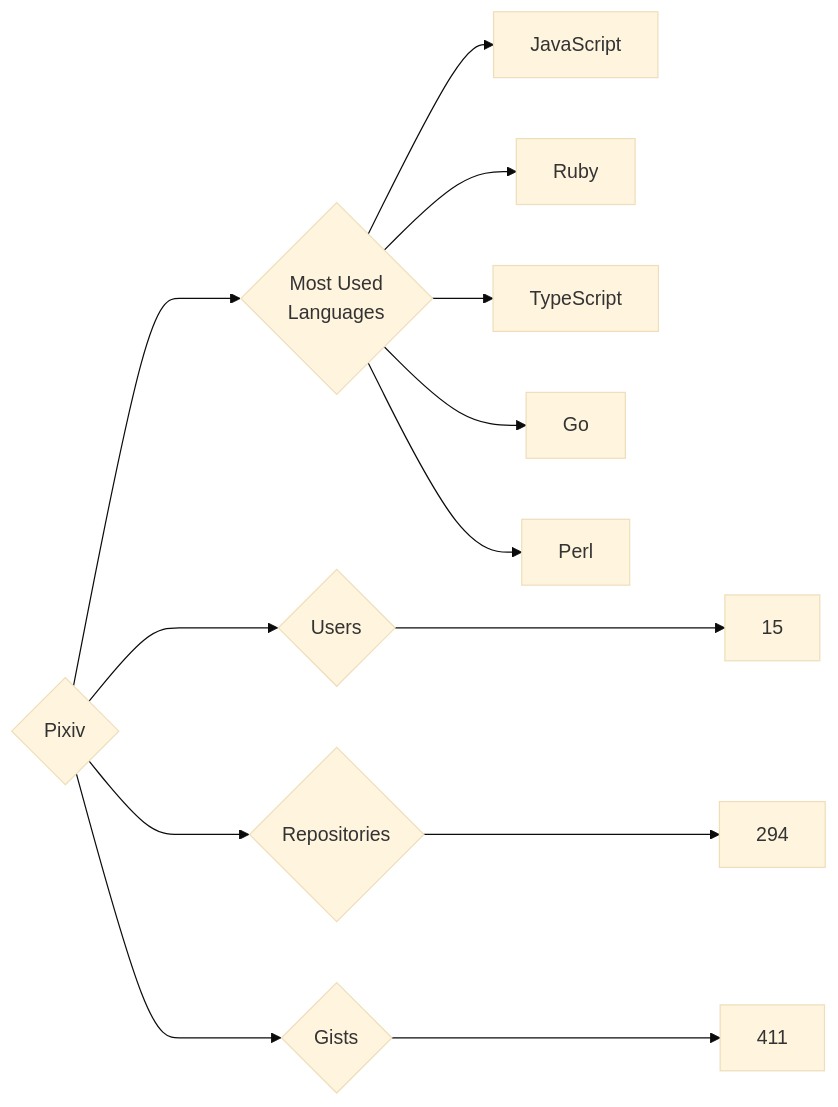
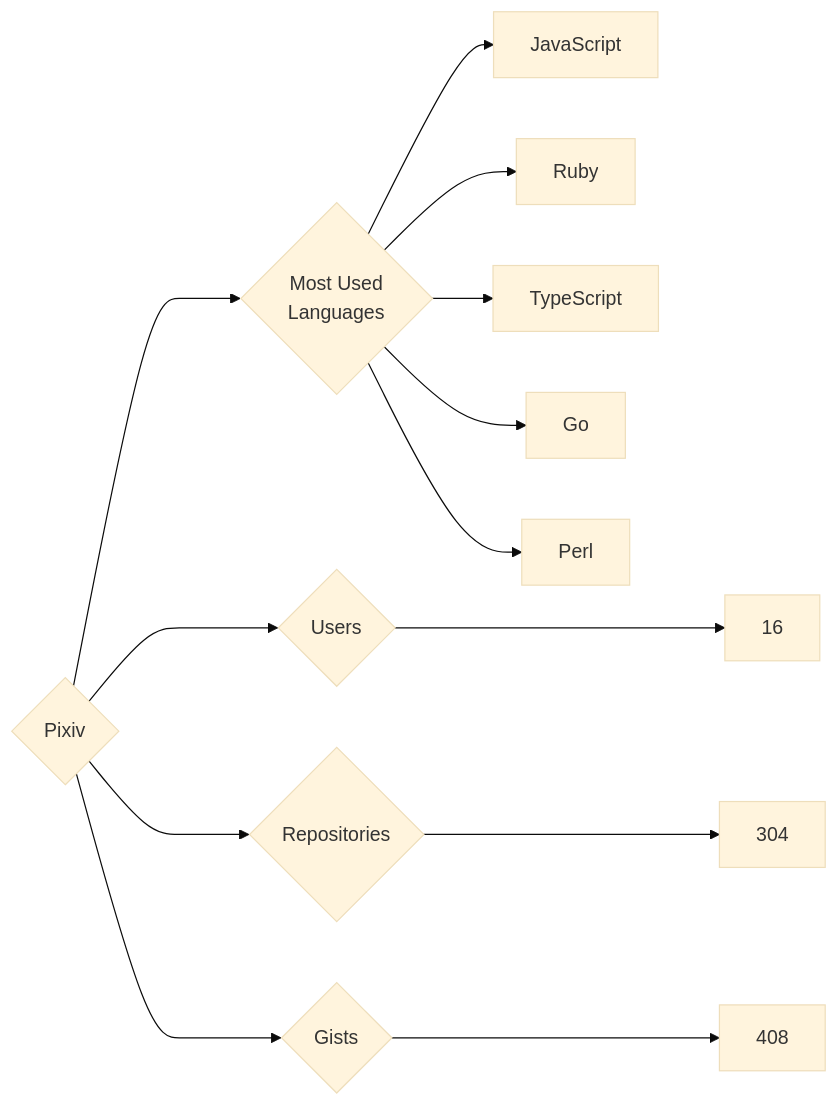
The diagram in targets/Pixiv/README.md (trickest/insiders), drawn with Mermaid (base theme) before and after one commit. The commit also changed 1011 other files, not shown here.

````diff
--- a/targets/Pixiv/README.md
+++ b/targets/Pixiv/README.md
@@ -3,13 +3,13 @@
 ```mermaid
 graph LR
 COMPANY_NAME{Pixiv}
-COMPANY_NAME ---> U{Users} ---> UN[15]
-COMPANY_NAME ---> R{Repositories} ---> RN[294]
-COMPANY_NAME ---> G{Gists} ---> GN[411]
+COMPANY_NAME ---> U{Users} ---> UN[16]
+COMPANY_NAME ---> R{Repositories} ---> RN[304]
+COMPANY_NAME ---> G{Gists} ---> GN[408]
 COMPANY_NAME ---> ML{Most Used<br>Languages}
 ML --> JavaScript[JavaScript]
 ML --> Ruby[Ruby]
 ML --> TypeScript[TypeScript]
 ML --> Go[Go]
 ML --> Perl[Perl]
 ```
````
